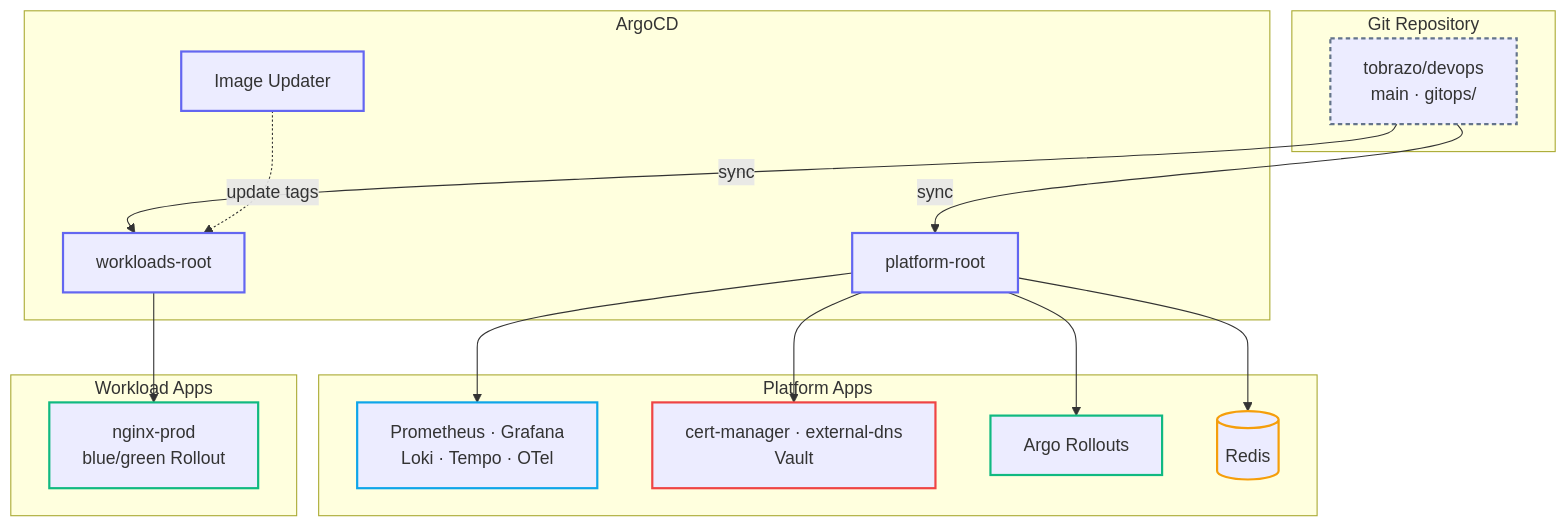
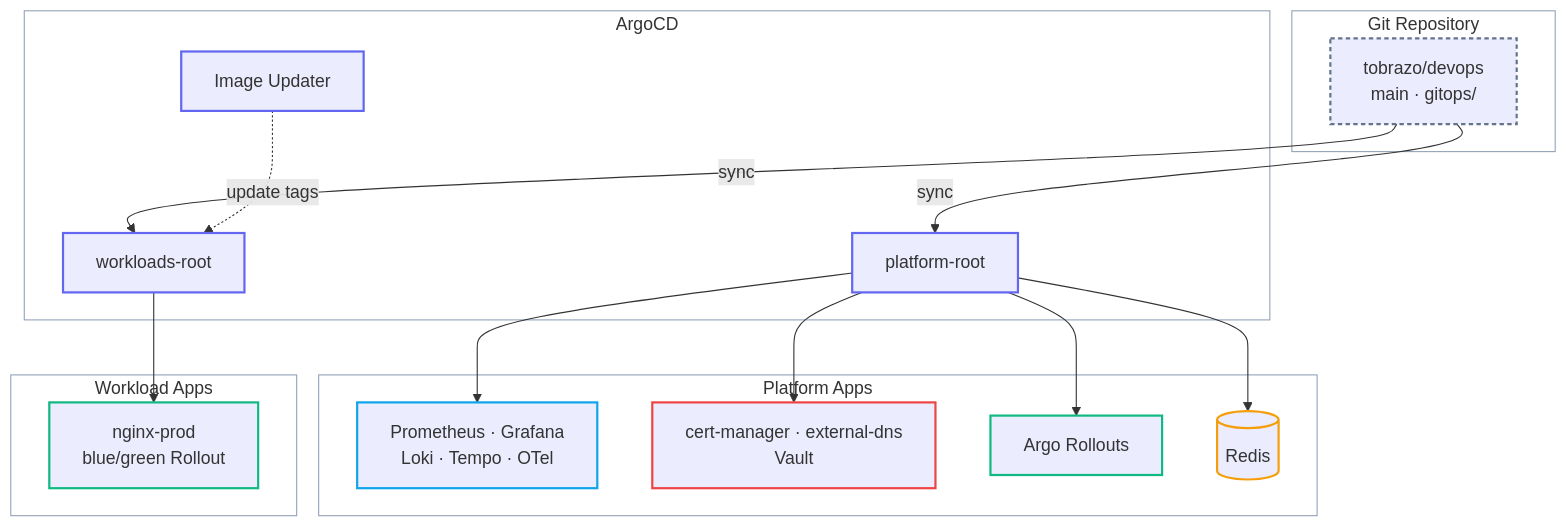
The first of 3 diagrams in gitops/README.md (tobrazo/devops), drawn with Mermaid before and after one commit. The commit also changed other lines of this file and 1 other file, not shown here.

First line of the commit message:
docs: transparent mermaid subgraph backgrounds (drop default yellow) (#3)

````diff
--- a/gitops/README.md
+++ b/gitops/README.md
@@ -26,47 +26,52 @@
 ```mermaid
 flowchart TD
 
 subgraph git["Git Repository"]
   repo["tobrazo/devops<br/>main · gitops/"]
 end
 
 subgraph argocd["ArgoCD"]
   platform_root["platform-root"]
   workloads_root["workloads-root"]
   image_updater["Image Updater"]
 end
 
 subgraph platform["Platform Apps"]
   observ["Prometheus · Grafana<br/>Loki · Tempo · OTel"]
   netsec["cert-manager · external-dns<br/>Vault"]
   rollouts["Argo Rollouts"]
   redis[("Redis")]
 end
 
 subgraph workloads["Workload Apps"]
   nginx["nginx-prod<br/>blue/green Rollout"]
 end
 
 repo -->|sync| platform_root
 repo -->|sync| workloads_root
 platform_root --> observ
 platform_root --> netsec
 platform_root --> rollouts
 platform_root --> redis
 workloads_root --> nginx
 image_updater -.->|update tags| workloads_root
 
 classDef edge stroke:#64748b,stroke-width:2px,stroke-dasharray:4 3;
 classDef ctrl stroke:#6366f1,stroke-width:2px;
 classDef obs stroke:#0ea5e9,stroke-width:2px;
 classDef warn stroke:#ef4444,stroke-width:2px;
 classDef deliver stroke:#10b981,stroke-width:2px;
 classDef data stroke:#f59e0b,stroke-width:2px;
 
 class repo edge;
 class platform_root,workloads_root,image_updater ctrl;
 class observ obs;
 class netsec warn;
 class rollouts,nginx deliver;
 class redis data;
+
+style git fill:transparent,stroke:#94a3b8,stroke-width:1px
+style argocd fill:transparent,stroke:#94a3b8,stroke-width:1px
+style platform fill:transparent,stroke:#94a3b8,stroke-width:1px
+style workloads fill:transparent,stroke:#94a3b8,stroke-width:1px
 ```
````
